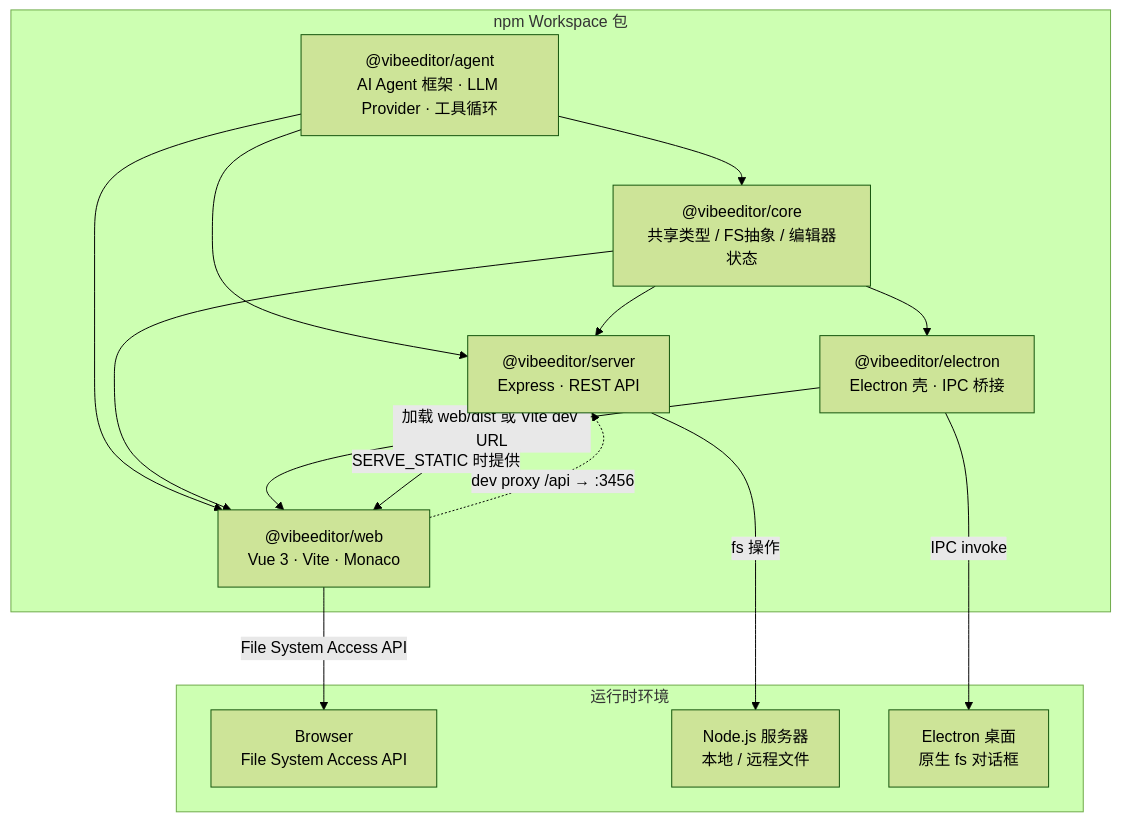
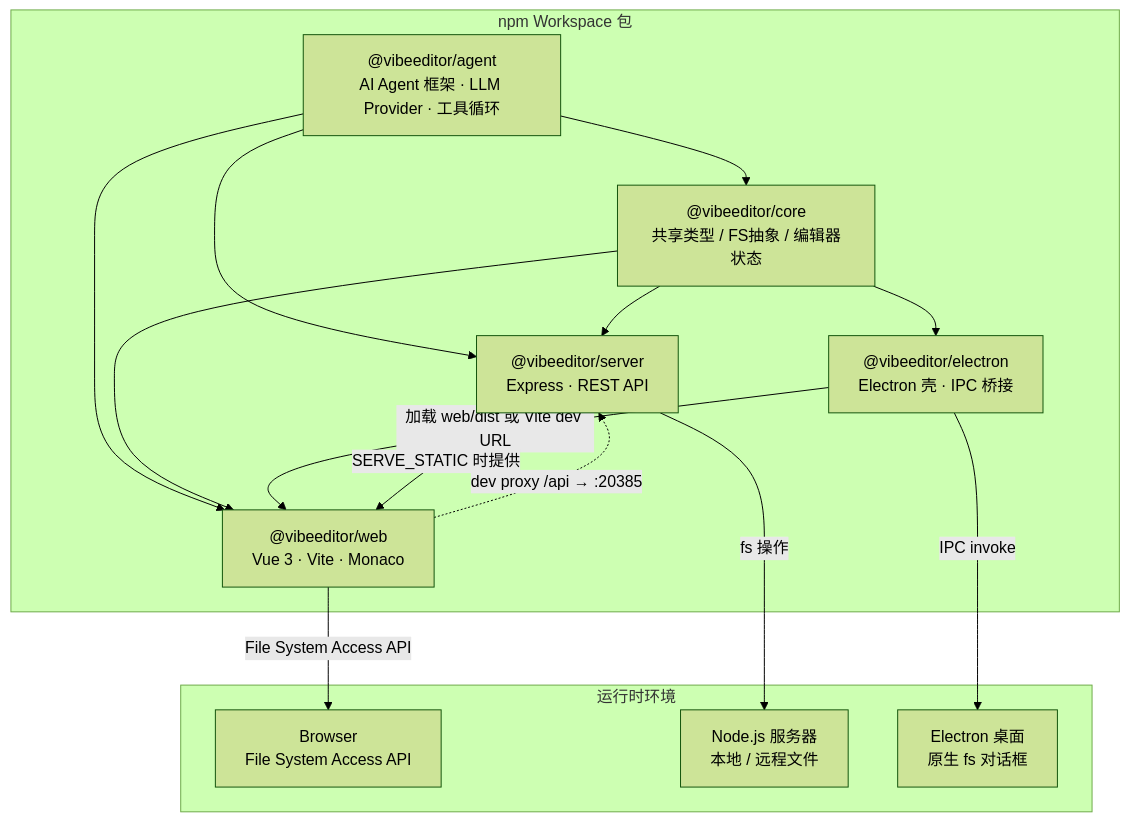
The second of 5 diagrams in README.md (LSF1106/VibeEditor), drawn with Mermaid (forest theme) before and after one commit. The commit also changed other lines of this file and 2 other files, not shown here.

````diff
--- a/README.md
+++ b/README.md
@@ -130,29 +132,29 @@
 ```mermaid
 graph TB
     subgraph Packages["npm Workspace 包"]
         agent["@vibeeditor/agent<br/>AI Agent 框架 · LLM Provider · 工具循环"]
         core["@vibeeditor/core<br/>共享类型 / FS抽象 / 编辑器状态"]
         server["@vibeeditor/server<br/>Express · REST API"]
         web["@vibeeditor/web<br/>Vue 3 · Vite · Monaco"]
         electron["@vibeeditor/electron<br/>Electron 壳 · IPC 桥接"]
     end
 
     subgraph Runtime["运行时环境"]
         browser["Browser<br/>File System Access API"]
         node_srv["Node.js 服务器<br/>本地 / 远程文件"]
         desktop["Electron 桌面<br/>原生 fs 对话框"]
     end
 
     agent --> core
     agent --> server
     agent --> web
     core --> server
     core --> web
     core --> electron
-    web -.->|dev proxy /api → :3456| server
+    web -.->|dev proxy /api → :20385| server
     electron -->|加载 web/dist 或 Vite dev URL| web
     server -->|SERVE_STATIC 时提供| web
     electron -->|IPC invoke| desktop
     server -->|fs 操作| node_srv
     web -->|File System Access API| browser
 ```
````
